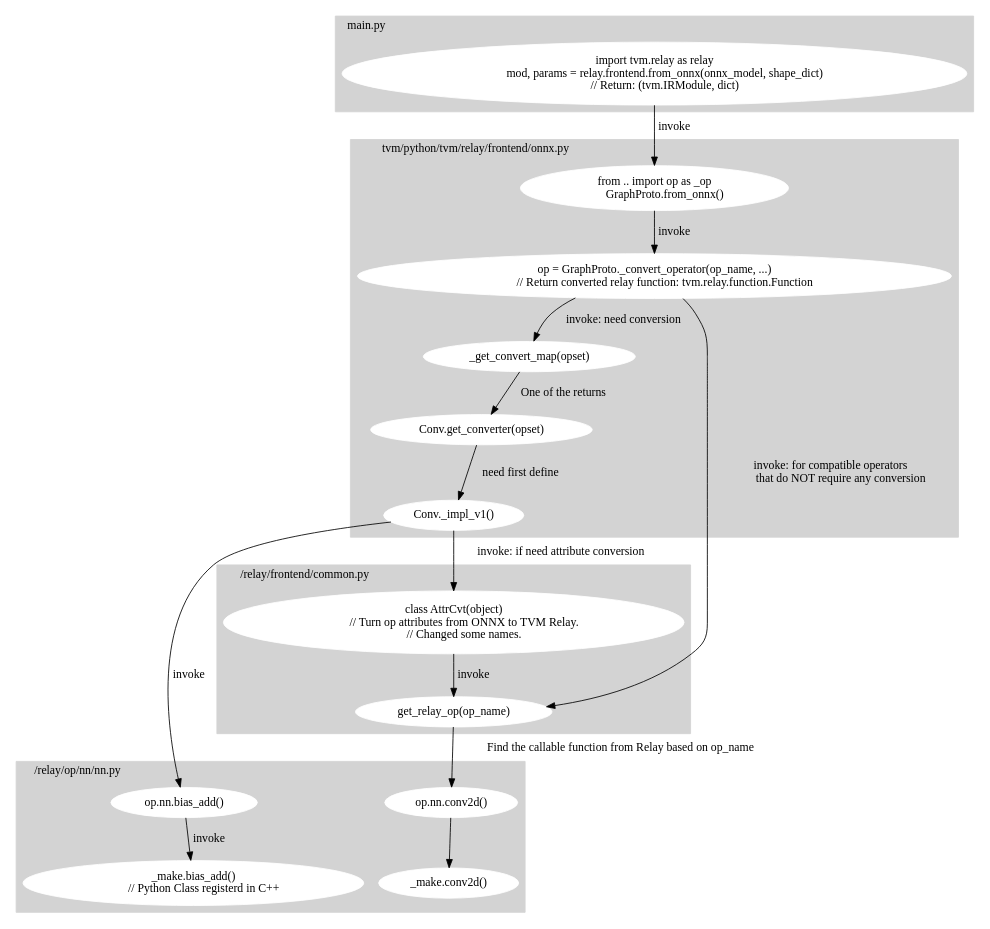
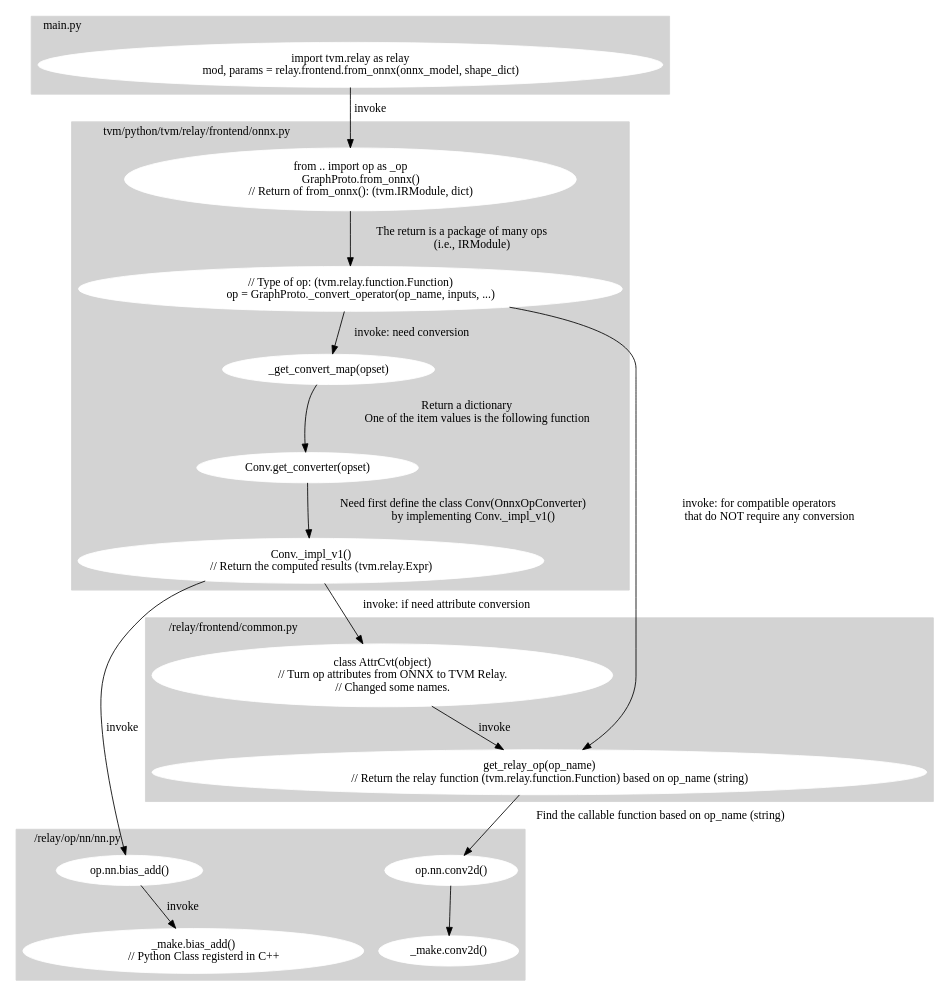
Before and after one commit to sxontheway/Keep-Learning: the diagram in MLsys/relay_frontend.dot, drawn with Graphviz. The commit also changed 7 other files, not shown here.

```diff
--- a/MLsys/relay_frontend.dot
+++ b/MLsys/relay_frontend.dot
@@ -1,72 +1,77 @@
 digraph graphname {
     
     subgraph cluster_0 {
 		style=filled;color=lightgrey;labeljust="l"
         node [style=filled,color=white];
         main [label="import tvm.relay as relay
-        mod, params = relay.frontend.from_onnx(onnx_model, shape_dict)
-        // Return: (tvm.IRModule, dict)"]
-
+        mod, params = relay.frontend.from_onnx(onnx_model, shape_dict)"]
 		label = "main.py";
 	}
 
     subgraph cluster_1 {
 		style=filled;color=lightgrey;labeljust="l"
         node [style=filled,color=white];
 
         main->onnx0 [label="invoke"]
         onnx0 [label="from .. import op as _op 
-        GraphProto.from_onnx()"]
-        onnx1 [label="op = GraphProto._convert_operator(op_name, ...) 
-        // Return converted relay function: tvm.relay.function.Function"]
-        onnx0->onnx1 [label="invoke"]; 
+        GraphProto.from_onnx()
+        // Return of from_onnx(): (tvm.IRModule, dict)"]
+        onnx1 [label="// Type of op: (tvm.relay.function.Function)
+        op = GraphProto._convert_operator(op_name, inputs, ...)"]
+        onnx0->onnx1 [label="The return is a package of many ops 
+        (i.e., IRModule)"]; 
         onnx2 [label="_get_convert_map(opset)"]
         onnx4 [label="Conv.get_converter(opset)"]
-        onnx4_1 [label="Conv._impl_v1()"]
+        onnx4_1 [label="Conv._impl_v1()
+        // Return the computed results (tvm.relay.Expr)"]
         onnx1->onnx2 [label="invoke: need conversion"]; 
-        onnx2->onnx4 [label="One of the returns"]; 
-        onnx4->onnx4_1[label="need first define"]
+        onnx2->onnx4 [label="Return a dictionary
+        One of the item values is the following function
+        "]; 
+        onnx4->onnx4_1[label="Need first define the class Conv(OnnxOpConverter)
+        by implementing Conv._impl_v1()"]
 
         label = "tvm/python/tvm/relay/frontend/onnx.py";
         }
 
     subgraph cluster_2 {
 		style=filled;color=lightgrey;labeljust="l"
         node [style=filled,color=white];
 		onnx5 [label="class AttrCvt(object)
         // Turn op attributes from ONNX to TVM Relay.
         // Changed some names. "]
-        onnx3 [label="get_relay_op(op_name)"]
+        onnx3 [label="get_relay_op(op_name)
+        // Return the relay function (tvm.relay.function.Function) based on op_name (string)"]
         onnx4_1->onnx5 [label="invoke: if need attribute conversion"]
         onnx5->onnx3 [label="invoke"]
         onnx1->onnx3 [label="invoke: for compatible operators 
         that do NOT require any conversion"]; 
 		label = "/relay/frontend/common.py";
 	}
     
     subgraph cluster_3 {
 		style=filled;color=lightgrey;labeljust="l"
         node [style=filled,color=white];
         // onnx3->onnx7 [label="Find the callable function from Relay based on op_name"]
         onnx7 [label="op.nn.bias_add()"]
         onnx8 [label="_make.bias_add()
         // Python Class registerd in C++"]
         onnx7->onnx8 [label="invoke"]
         onnx4_1 -> onnx7 [label="invoke"]
 
         onnx9 [label="op.nn.conv2d()"]
-        onnx3->onnx9 [label="Find the callable function from Relay based on op_name"]
+        onnx3->onnx9 [label="Find the callable function based on op_name (string)"]
 
         onnx10 [label="_make.conv2d()"]
         onnx9->onnx10
 
 		label = "/relay/op/nn/nn.py";
 	}
 
     // subgraph cluster_4 {
 	// 	style=filled;color=lightgrey;labeljust="l"
     //     node [style=filled,color=white];
 
 	// 	label = "/relay/op/nn/nn.py";
 	// }
 }
```
